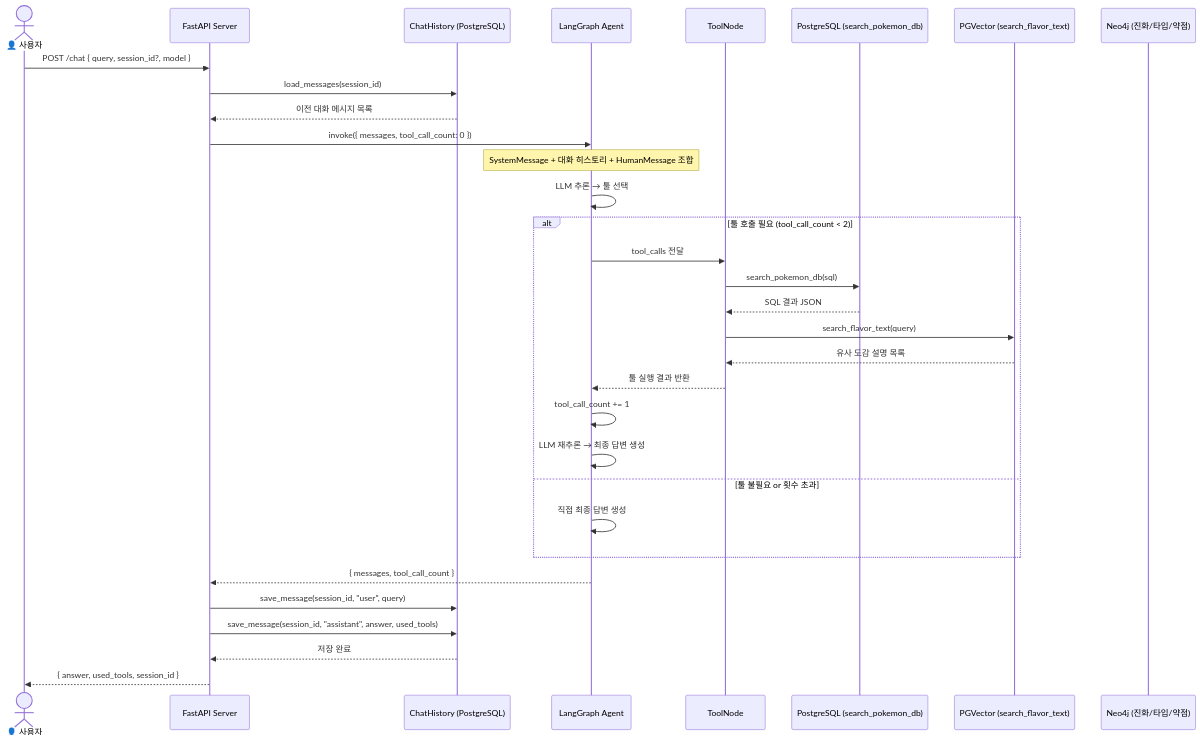
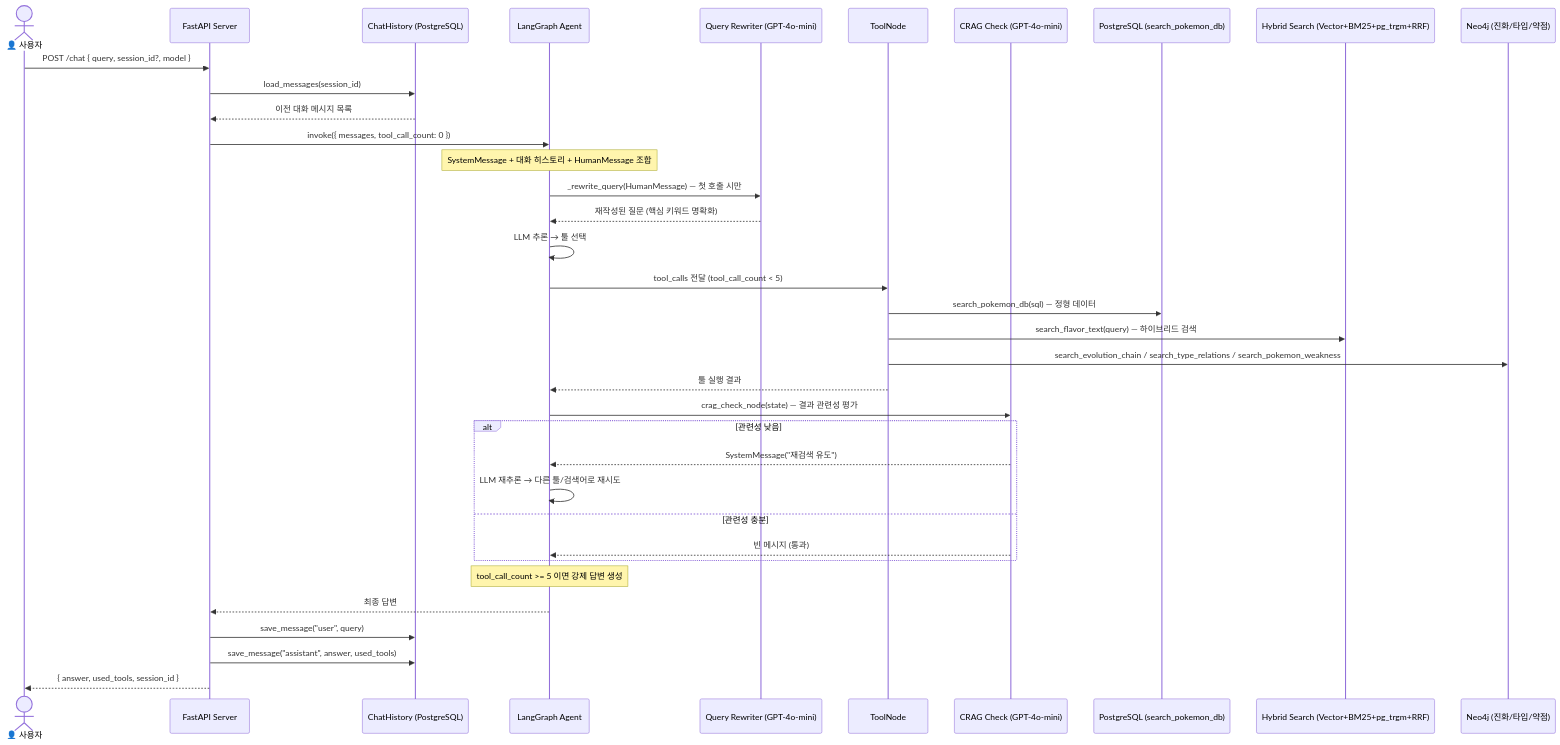
Before and after one commit to SKNETWORKS-FAMILY-AICAMP/SKN27-3rd-3TEAM: the first of 9 diagrams in docs/챗봇/04_시퀀스다이어그램.md, drawn with Mermaid. The commit also changed other lines of this file and 10 other files, not shown here.

````diff
--- a/docs/챗봇/04_시퀀스다이어그램.md
+++ b/docs/챗봇/04_시퀀스다이어그램.md
@@ -12,40 +12,45 @@
 ```mermaid
 sequenceDiagram
     actor User as 👤 사용자
     participant API as FastAPI Server
     participant CH as ChatHistory (PostgreSQL)
     participant AG as LangGraph Agent
+    participant QR as Query Rewriter (GPT-4o-mini)
     participant TN as ToolNode
+    participant CRAG as CRAG Check (GPT-4o-mini)
     participant PG as PostgreSQL (search_pokemon_db)
-    participant VEC as PGVector (search_flavor_text)
+    participant HYB as Hybrid Search (Vector+BM25+pg_trgm+RRF)
     participant N4J as Neo4j (진화/타입/약점)
 
     User->>API: POST /chat { query, session_id?, model }
     API->>CH: load_messages(session_id)
     CH-->>API: 이전 대화 메시지 목록
-
     API->>AG: invoke({ messages, tool_call_count: 0 })
 
     Note over AG: SystemMessage + 대화 히스토리 + HumanMessage 조합
+
+    AG->>QR: _rewrite_query(HumanMessage) — 첫 호출 시만
+    QR-->>AG: 재작성된 질문 (핵심 키워드 명확화)
+
     AG->>AG: LLM 추론 → 툴 선택
+    AG->>TN: tool_calls 전달 (tool_call_count < 5)
+    TN->>PG: search_pokemon_db(sql) — 정형 데이터
+    TN->>HYB: search_flavor_text(query) — 하이브리드 검색
+    TN->>N4J: search_evolution_chain / search_type_relations / search_pokemon_weakness
+    TN-->>AG: 툴 실행 결과
 
-    alt 툴 호출 필요 (tool_call_count < 2)
-        AG->>TN: tool_calls 전달
-        TN->>PG: search_pokemon_db(sql)
-        PG-->>TN: SQL 결과 JSON
-        TN->>VEC: search_flavor_text(query)
-        VEC-->>TN: 유사 도감 설명 목록
-        TN-->>AG: 툴 실행 결과 반환
-        AG->>AG: tool_call_count += 1
-        AG->>AG: LLM 재추론 → 최종 답변 생성
-    else 툴 불필요 or 횟수 초과
-        AG->>AG: 직접 최종 답변 생성
+    AG->>CRAG: crag_check_node(state) — 결과 관련성 평가
+    alt 관련성 낮음
+        CRAG-->>AG: SystemMessage("재검색 유도")
+        AG->>AG: LLM 재추론 → 다른 툴/검색어로 재시도
+    else 관련성 충분
+        CRAG-->>AG: 빈 메시지 (통과)
     end
 
-    AG-->>API: { messages, tool_call_count }
-    API->>CH: save_message(session_id, "user", query)
-    API->>CH: save_message(session_id, "assistant", answer, used_tools)
-    CH-->>API: 저장 완료
+    Note over AG: tool_call_count >= 5 이면 강제 답변 생성
+    AG-->>API: 최종 답변
 
+    API->>CH: save_message("user", query)
+    API->>CH: save_message("assistant", answer, used_tools)
     API-->>User: { answer, used_tools, session_id }
 ```
````
